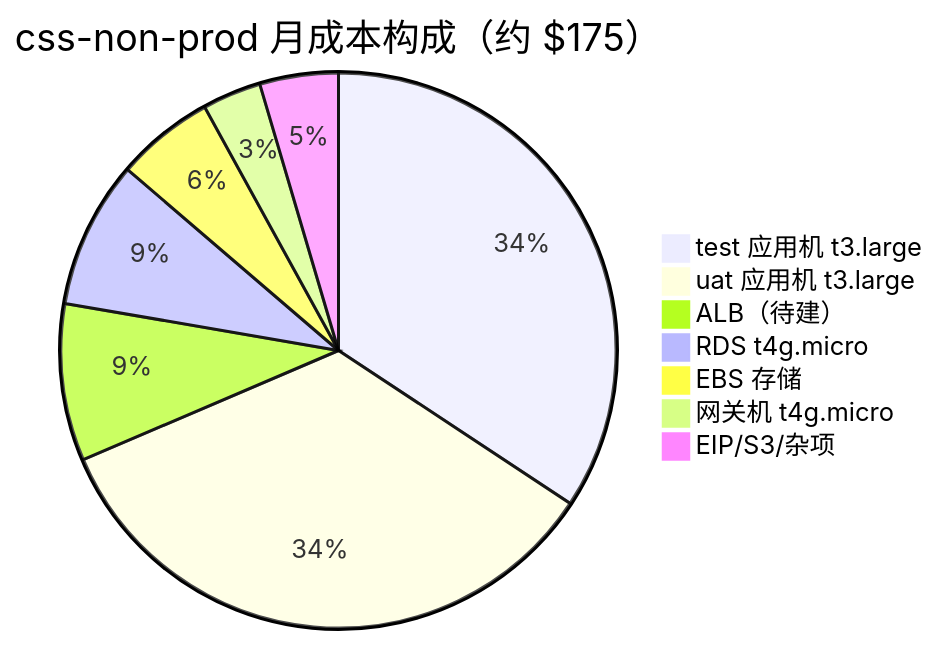
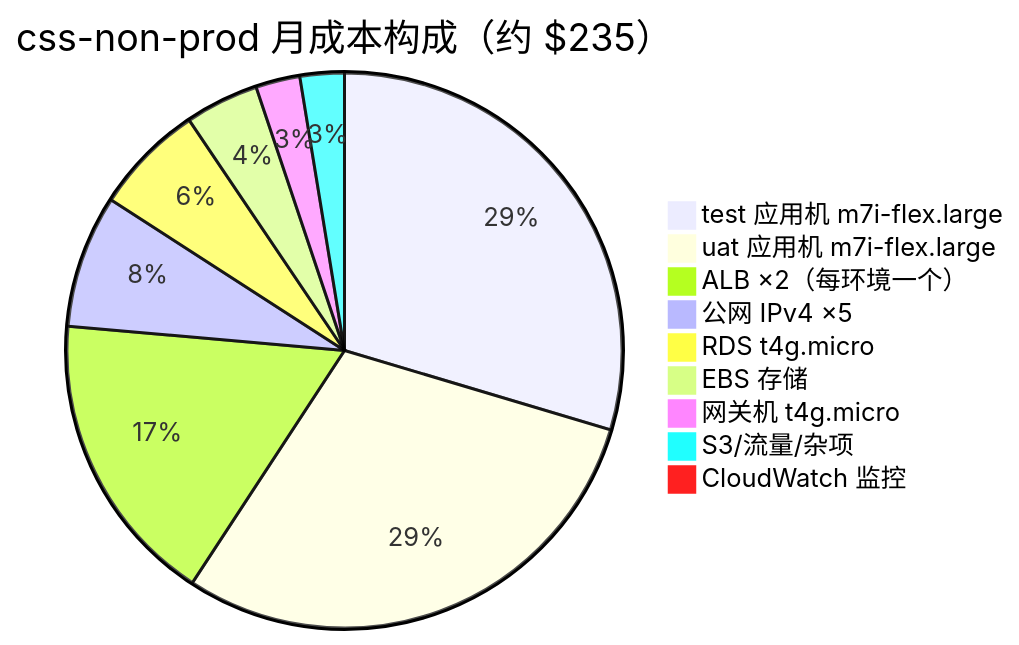
Before and after one commit to WenchaoChen1/CSS: the first of 2 diagrams in docs/环境/成本价格表.md, drawn with Mermaid. The commit also changed other lines of this file and 54 other files, not shown here.

First line of the commit message:
feat(aws): build out the non-prod environment and its operations tooling

````diff
--- a/docs/环境/成本价格表.md
+++ b/docs/环境/成本价格表.md
@@ -18,10 +52,12 @@
 ```mermaid
-pie title css-non-prod 月成本构成（约 $175）
-    "test 应用机 t3.large" : 60
-    "uat 应用机 t3.large" : 60
-    "ALB（待建）" : 16
+pie title css-non-prod 月成本构成（约 $235）
+    "test 应用机 m7i-flex.large" : 69
+    "uat 应用机 m7i-flex.large" : 69
+    "ALB ×2（每环境一个）" : 40
+    "公网 IPv4 ×5" : 18
     "RDS t4g.micro" : 15
     "EBS 存储" : 10
     "网关机 t4g.micro" : 6
-    "EIP/S3/杂项" : 8
+    "S3/流量/杂项" : 6
+    "CloudWatch 监控" : 2
 ```
````
